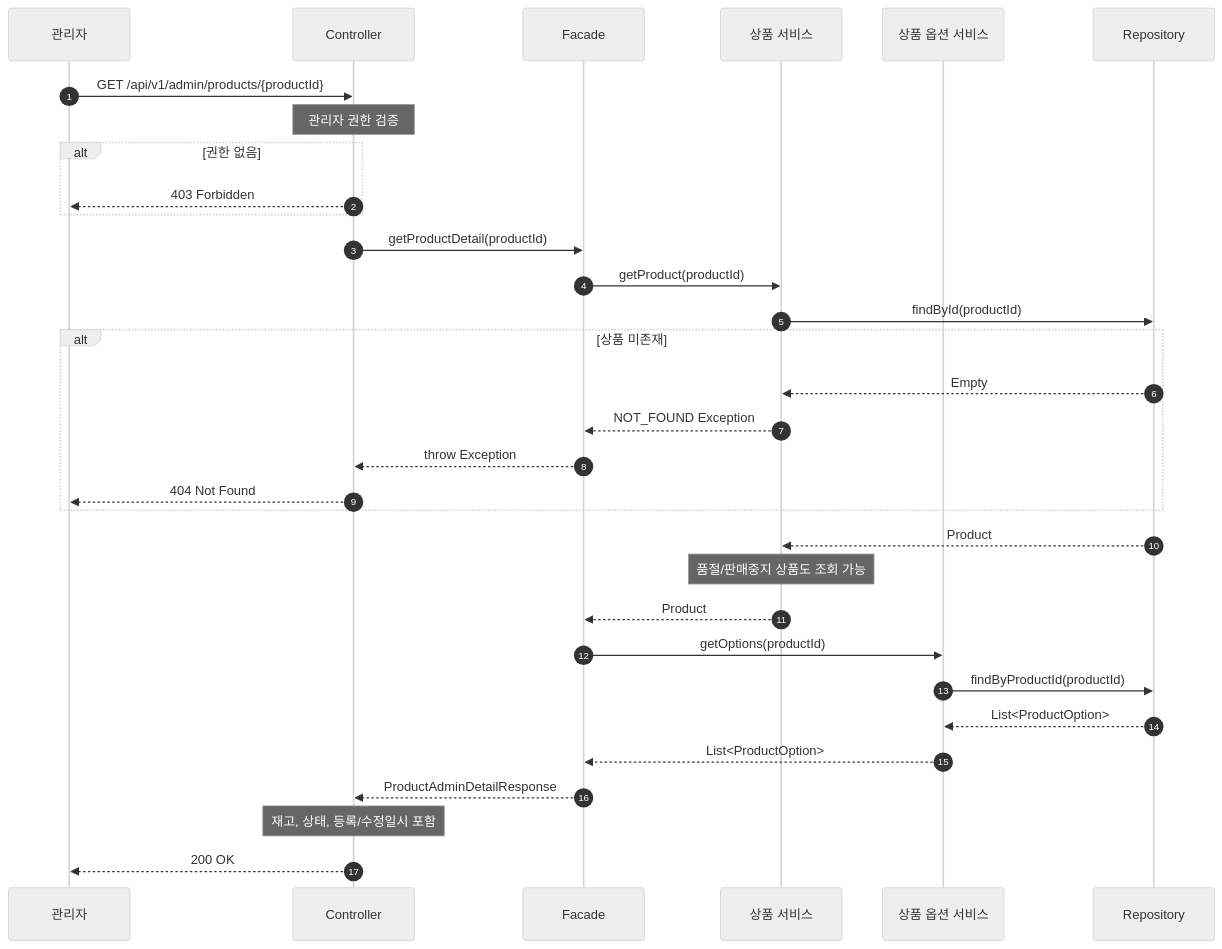
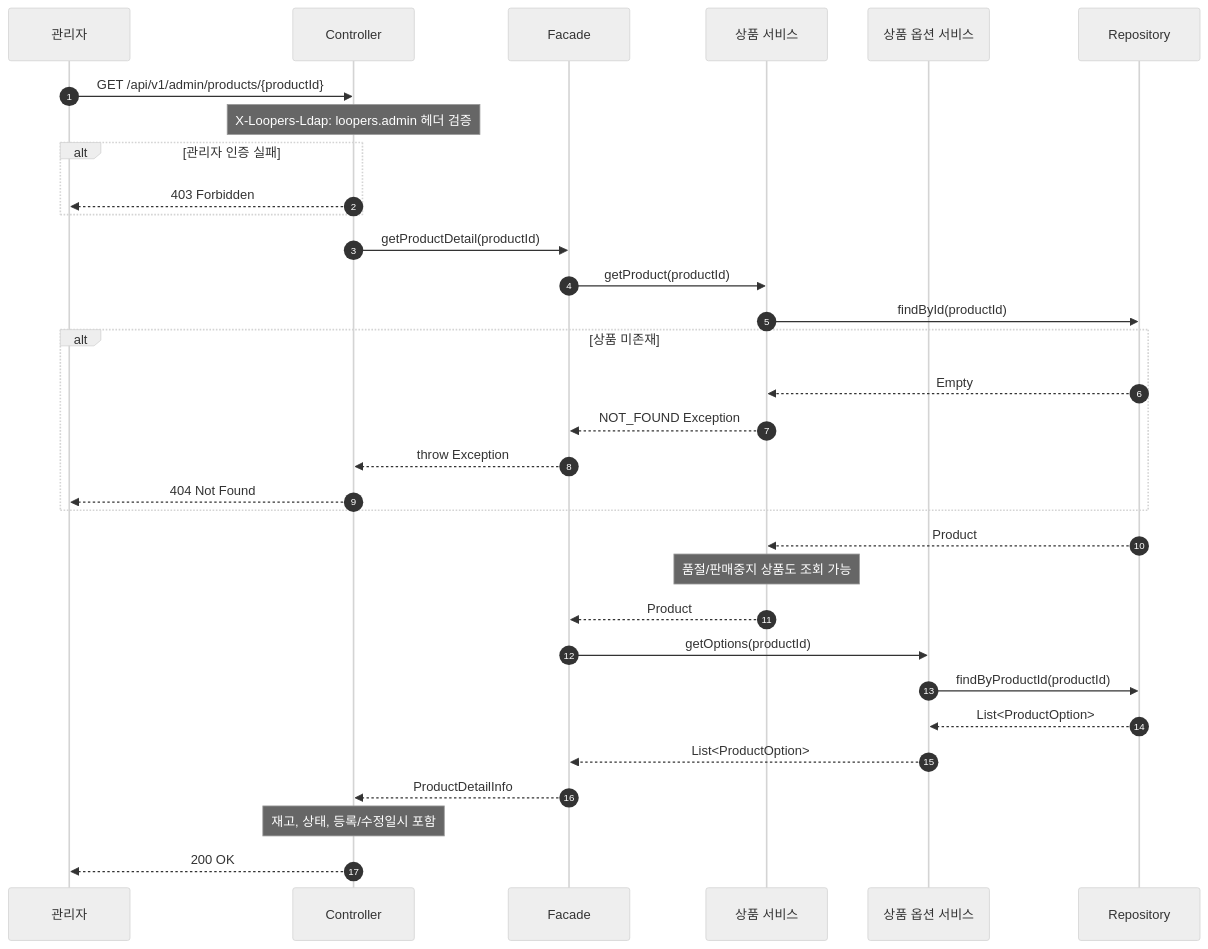
One commit to letter333/loop-pack-be-l2-vol3-java changed the ninth of 18 diagrams in docs/design/02-sequence-diagram.md. Above: the diagram before and after it, drawn with Mermaid (neutral theme). The commit also changed other lines of this file and 4 other files, not shown here.

````diff
--- a/docs/design/02-sequence-diagram.md
+++ b/docs/design/02-sequence-diagram.md
@@ -312,39 +320,39 @@
 ```mermaid
 sequenceDiagram
     autonumber
     participant Admin as 관리자
     participant Controller
     participant Facade
     participant ProductService as 상품 서비스
     participant ProductOptionService as 상품 옵션 서비스
     participant Repository
 
     Admin->>Controller: GET /api/v1/admin/products/{productId}
-    Note over Controller: 관리자 권한 검증
+    Note over Controller: X-Loopers-Ldap: loopers.admin 헤더 검증
 
-    alt 권한 없음
+    alt 관리자 인증 실패
         Controller-->>Admin: 403 Forbidden
     end
 
     Controller->>Facade: getProductDetail(productId)
     Facade->>ProductService: getProduct(productId)
     ProductService->>Repository: findById(productId)
 
     alt 상품 미존재
         Repository-->>ProductService: Empty
         ProductService-->>Facade: NOT_FOUND Exception
         Facade-->>Controller: throw Exception
         Controller-->>Admin: 404 Not Found
     end
 
     Repository-->>ProductService: Product
     Note over ProductService: 품절/판매중지 상품도 조회 가능
     ProductService-->>Facade: Product
     Facade->>ProductOptionService: getOptions(productId)
     ProductOptionService->>Repository: findByProductId(productId)
     Repository-->>ProductOptionService: List<ProductOption>
     ProductOptionService-->>Facade: List<ProductOption>
-    Facade-->>Controller: ProductAdminDetailResponse
+    Facade-->>Controller: ProductDetailInfo
     Note over Controller: 재고, 상태, 등록/수정일시 포함
     Controller-->>Admin: 200 OK
 ```
````
